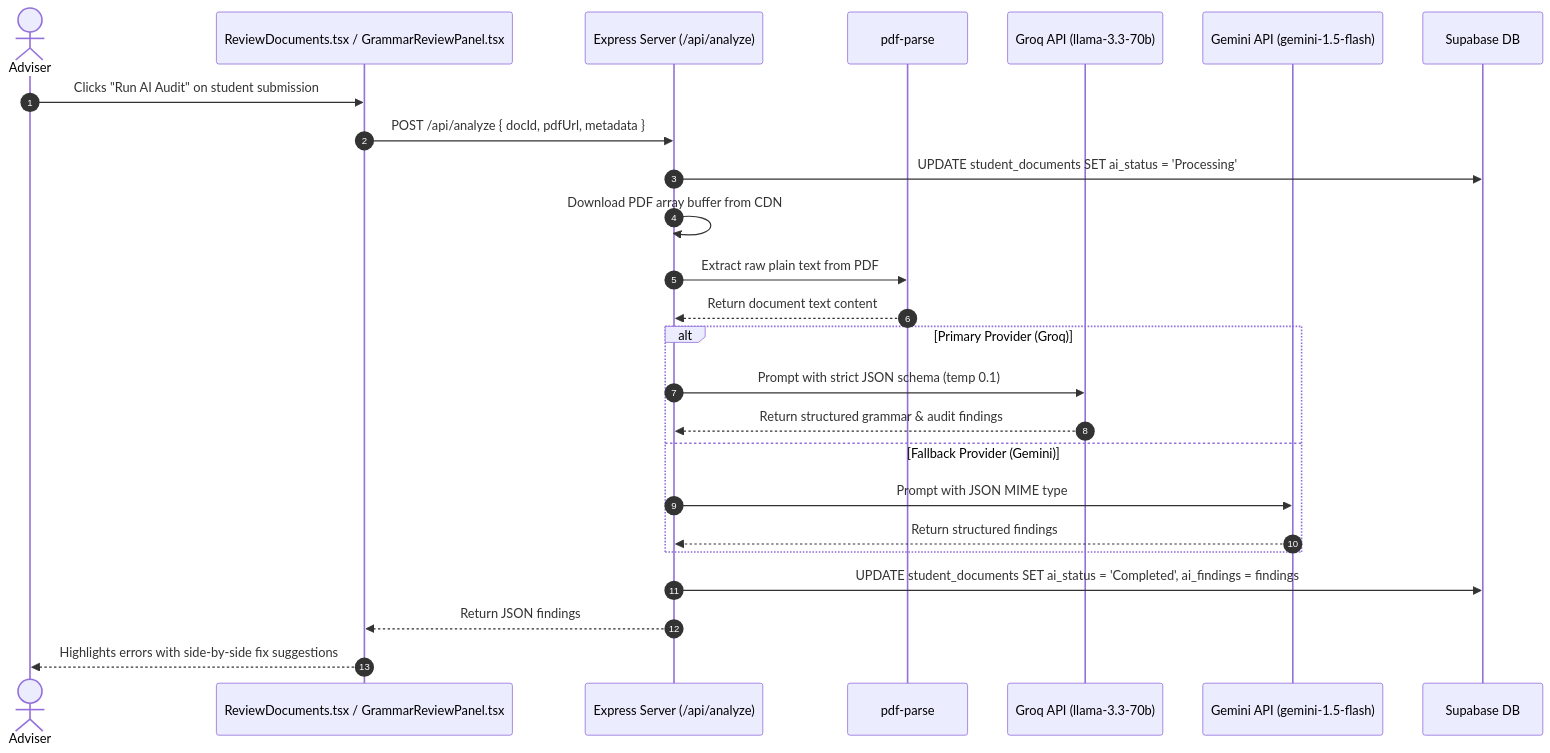
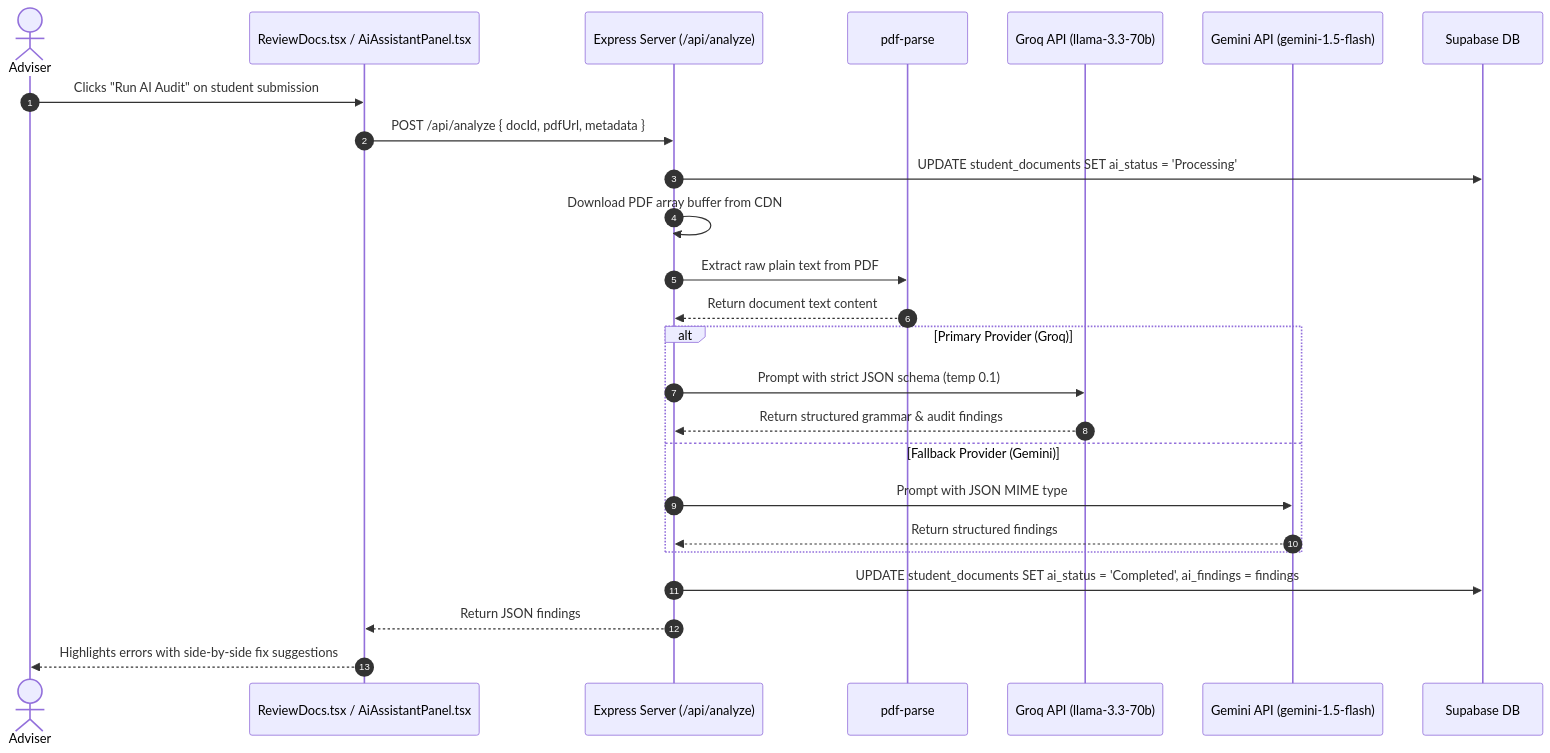
The diagram in docs/features/04_AI_GRAMMAR_AUDIT.md (s5condlast-cmd/Capstone-2-Official-CloudHosting), drawn with Mermaid before and after one commit. The commit also changed other lines of this file and 45 other files, not shown here.

````diff
--- a/docs/features/04_AI_GRAMMAR_AUDIT.md
+++ b/docs/features/04_AI_GRAMMAR_AUDIT.md
@@ -39,30 +21,30 @@
 ```mermaid
 sequenceDiagram
     autonumber
     actor Adviser
-    participant UI as ReviewDocuments.tsx / GrammarReviewPanel.tsx
+    participant UI as ReviewDocs.tsx / AiAssistantPanel.tsx
     participant Backend as Express Server (/api/analyze)
     participant Parser as pdf-parse
     participant Groq as Groq API (llama-3.3-70b)
     participant Gemini as Gemini API (gemini-1.5-flash)
     participant DB as Supabase DB
 
     Adviser->>UI: Clicks "Run AI Audit" on student submission
     UI->>Backend: POST /api/analyze { docId, pdfUrl, metadata }
     Backend->>DB: UPDATE student_documents SET ai_status = 'Processing'
     Backend->>Backend: Download PDF array buffer from CDN
     Backend->>Parser: Extract raw plain text from PDF
     Parser-->>Backend: Return document text content
 
     alt Primary Provider (Groq)
         Backend->>Groq: Prompt with strict JSON schema (temp 0.1)
         Groq-->>Backend: Return structured grammar & audit findings
     else Fallback Provider (Gemini)
         Backend->>Gemini: Prompt with JSON MIME type
         Gemini-->>Backend: Return structured findings
     end
 
     Backend->>DB: UPDATE student_documents SET ai_status = 'Completed', ai_findings = findings
     Backend-->>UI: Return JSON findings
     UI-->>Adviser: Highlights errors with side-by-side fix suggestions
 ```
````
